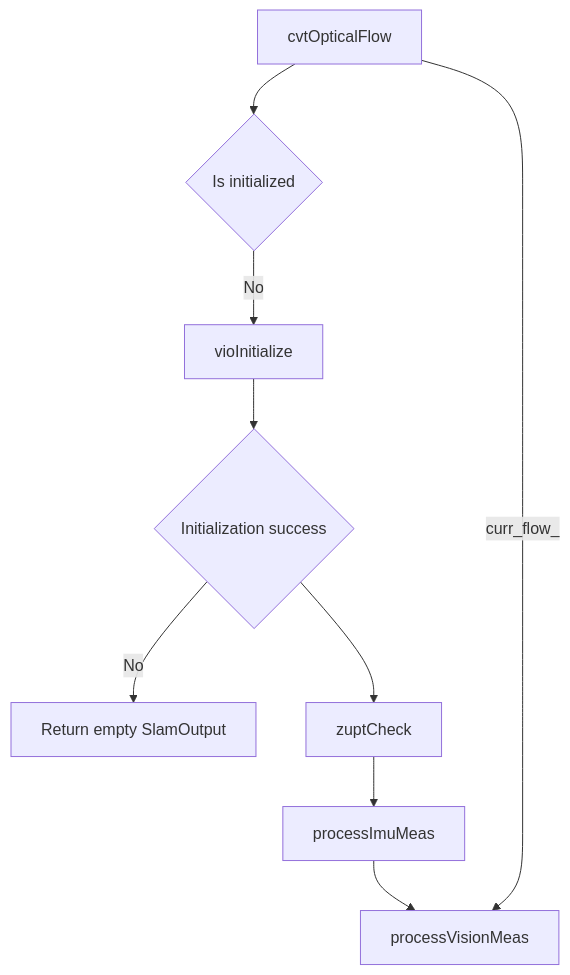
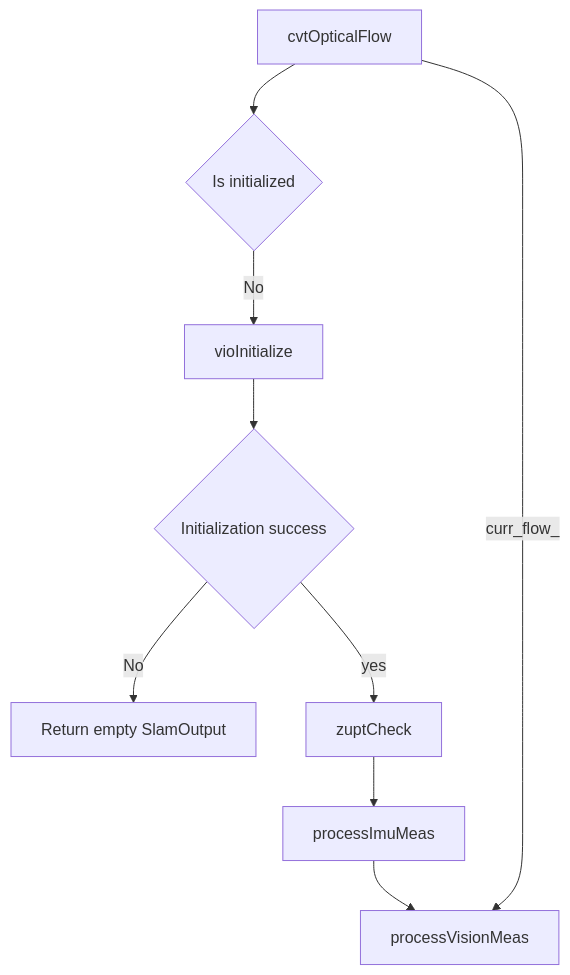
One commit to huzixuan1/iodraw-files changed the diagram in all/未命名-4.md. Above: the diagram before and after it, drawn with Mermaid.

Commit message:
2025-04-24 18:07:34 update

````diff
--- a/all/未命名-4.md
+++ b/all/未命名-4.md
@@ -1,18 +1,18 @@
 ```mermaid
 graph TD
     B[cvtOpticalFlow]
     B --> C{Is initialized}
 
     C -- No --> D[vioInitialize]
     D --> E{Initialization success}
     E -- No --> F[Return empty SlamOutput]
     %% E -- Yes --> G[Set initialized = true]
-    E -->
+    E --yes--> H
 
     H[zuptCheck]
 
     %% G --> H
     H --> I[processImuMeas]
     I --> J[processVisionMeas]
     B --curr_flow_--> J
 ```
````
